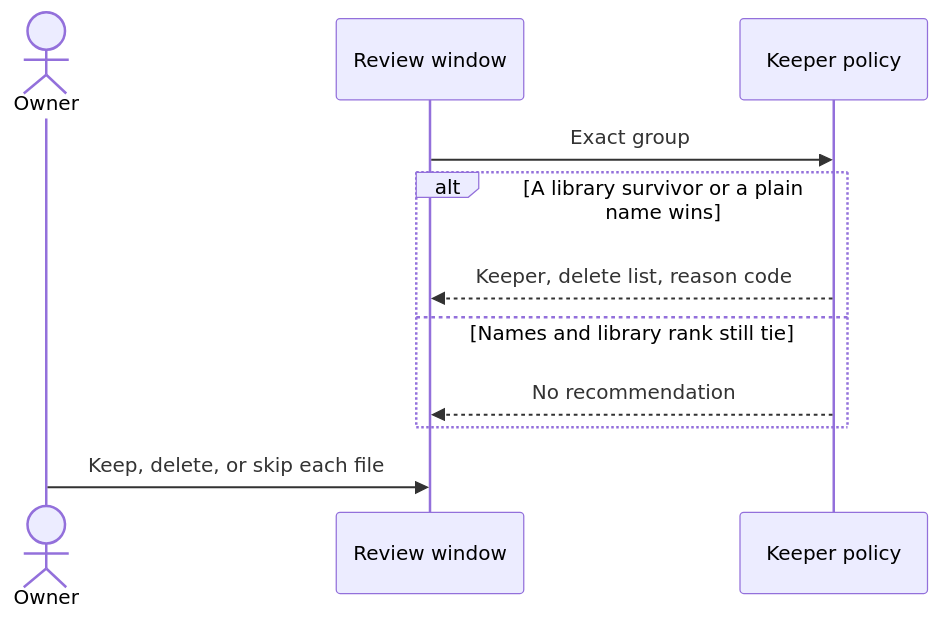
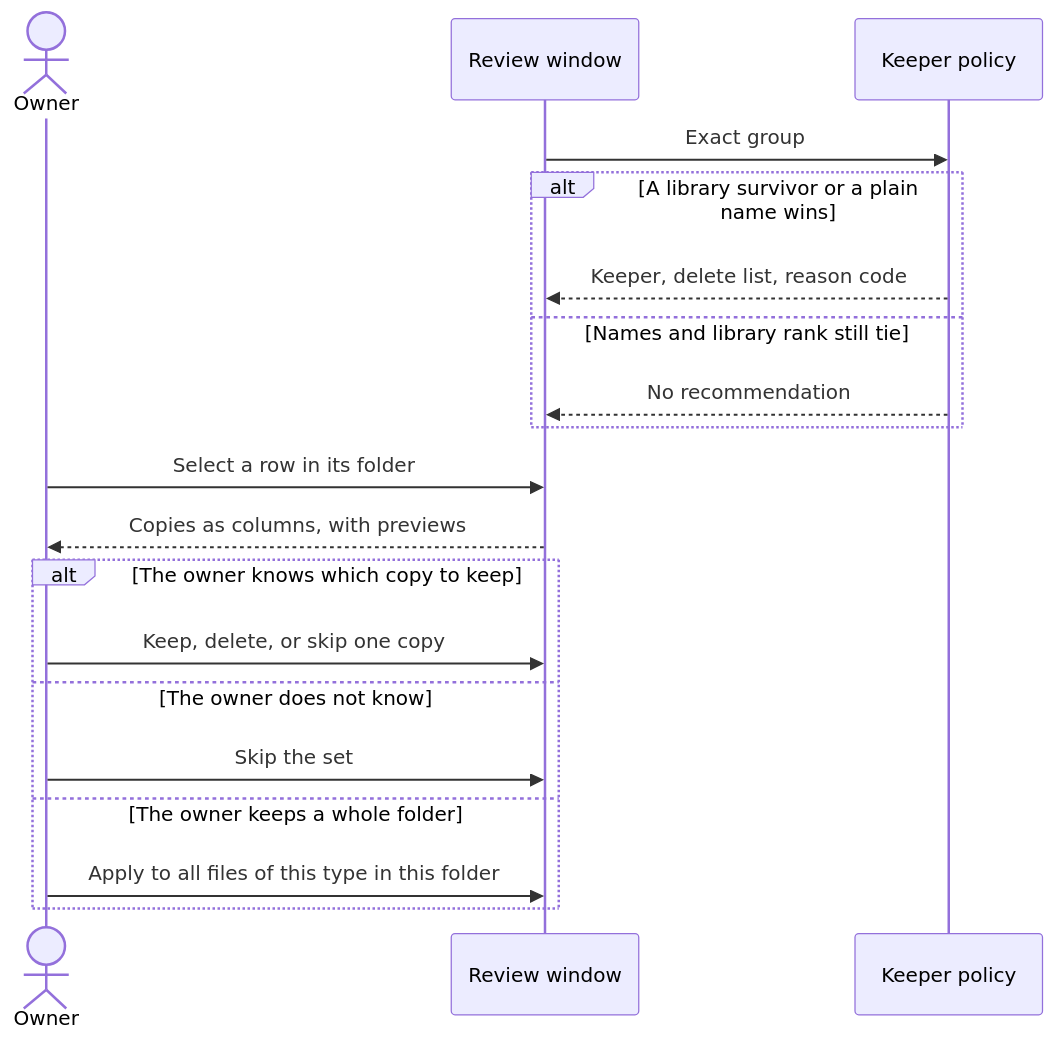
Before and after one commit to cionz0/hdsort: the third of 8 diagrams in docs/use-cases.md, drawn with Mermaid. The commit also changed other lines of this file and 16 other files, not shown here.

Commit message:
Group the review list by folder so a scan does not show each file twice.

````diff
--- a/docs/use-cases.md
+++ b/docs/use-cases.md
@@ -62,13 +63,21 @@
 ```mermaid
 sequenceDiagram
   actor Owner
   participant Window as Review window
   participant Policy as Keeper policy
   Window->>Policy: Exact group
   alt A library survivor or a plain name wins
     Policy-->>Window: Keeper, delete list, reason code
   else Names and library rank still tie
     Policy-->>Window: No recommendation
   end
-  Owner->>Window: Keep, delete, or skip each file
+  Owner->>Window: Select a row in its folder
+  Window-->>Owner: Copies as columns, with previews
+  alt The owner knows which copy to keep
+    Owner->>Window: Keep, delete, or skip one copy
+  else The owner does not know
+    Owner->>Window: Skip the set
+  else The owner keeps a whole folder
+    Owner->>Window: Apply to all files of this type in this folder
+  end
 ```
````
